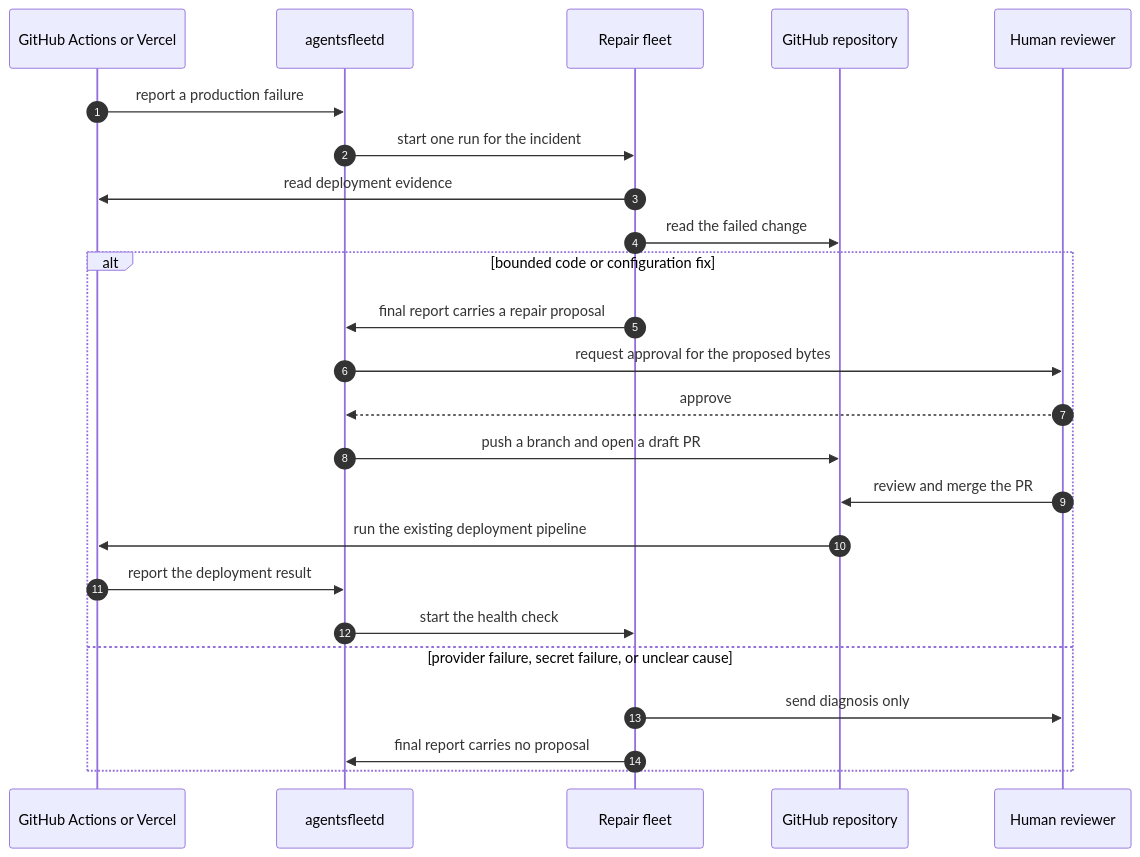
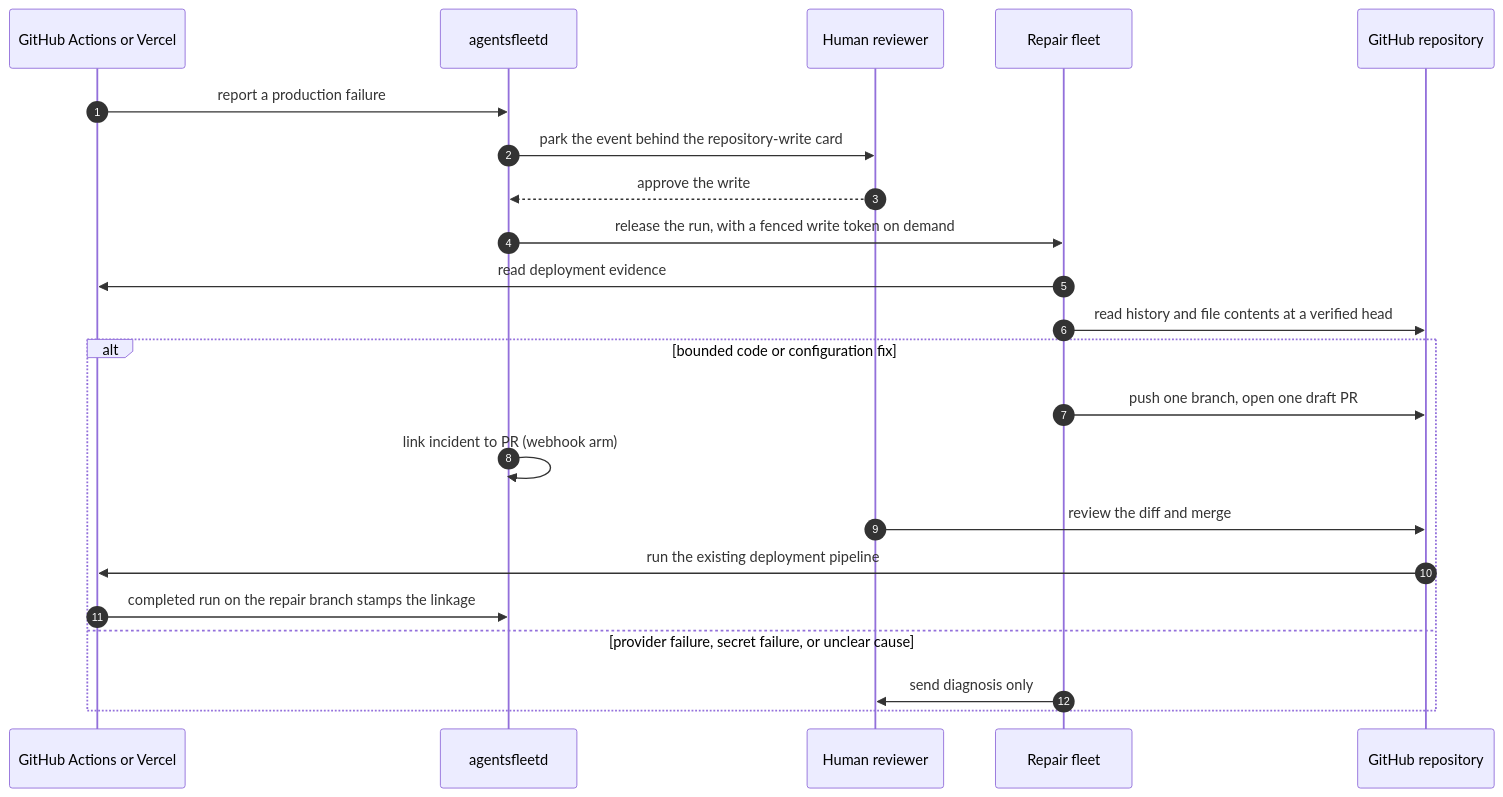
The diagram in docs/architecture/scenarios/production-deploy-repair.md (agentsfleet/agentsfleet), drawn with Mermaid before and after one commit. The commit also changed other lines of this file and 2 other files, not shown here.

First line of the commit message:
docs(m157): the scenario describes the shipped fleet-writes design; M157_001 closes

````diff
--- a/docs/architecture/scenarios/production-deploy-repair.md
+++ b/docs/architecture/scenarios/production-deploy-repair.md
@@ -11,27 +11,25 @@
 ```mermaid
 sequenceDiagram
   autonumber
   participant Provider as GitHub Actions or Vercel
   participant API as agentsfleetd
+  participant Human as Human reviewer
   participant Fleet as Repair fleet
   participant GitHub as GitHub repository
-  participant Human as Human reviewer
 
   Provider->>API: report a production failure
-  API->>Fleet: start one run for the incident
+  API->>Human: park the event behind the repository-write card
+  Human-->>API: approve the write
+  API->>Fleet: release the run, with a fenced write token on demand
   Fleet->>Provider: read deployment evidence
-  Fleet->>GitHub: read the failed change
+  Fleet->>GitHub: read history and file contents at a verified head
   alt bounded code or configuration fix
-    Fleet->>API: final report carries a repair proposal
-    API->>Human: request approval for the proposed bytes
-    Human-->>API: approve
-    API->>GitHub: push a branch and open a draft PR
-    Human->>GitHub: review and merge the PR
+    Fleet->>GitHub: push one branch, open one draft PR
+    API->>API: link incident to PR (webhook arm)
+    Human->>GitHub: review the diff and merge
     GitHub->>Provider: run the existing deployment pipeline
-    Provider->>API: report the deployment result
-    API->>Fleet: start the health check
+    Provider->>API: completed run on the repair branch stamps the linkage
   else provider failure, secret failure, or unclear cause
     Fleet->>Human: send diagnosis only
-    Fleet->>API: final report carries no proposal
   end
 ```
````
